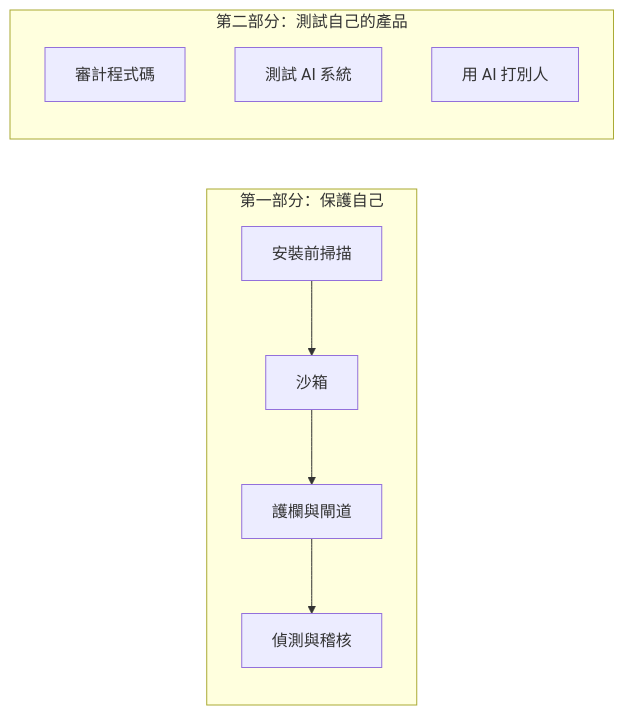
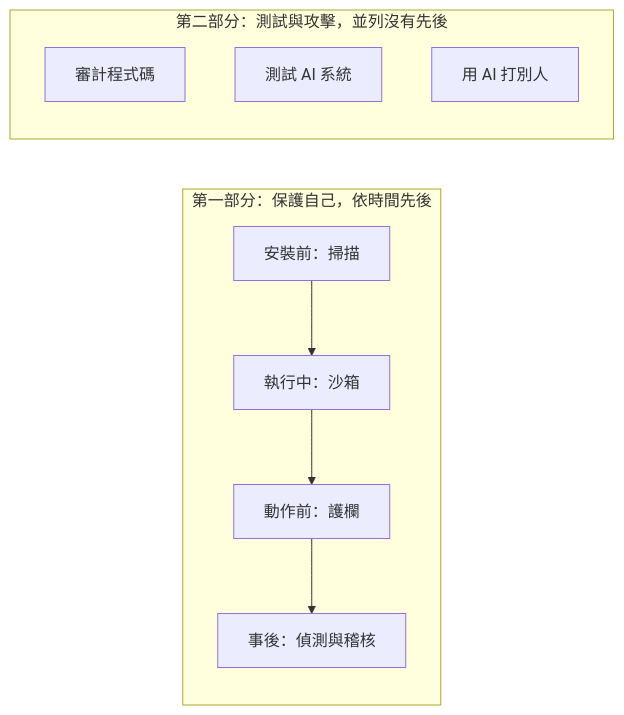
One commit to vincentxuu/quidproquo changed the diagram in src/content/posts/ai/2026-10-24-ai-agent-security-tooling-map.md. Above: the diagram before and after it, drawn with Mermaid. The commit also changed other lines of this file and 6 other files, not shown here.

First line of the commit message:
post(ai): 依獨立審稿修正 AI Agent 資安工具地圖 order 0–1（仍為草稿）

````diff
--- a/src/content/posts/ai/2026-10-24-ai-agent-security-tooling-map.md
+++ b/src/content/posts/ai/2026-10-24-ai-agent-security-tooling-map.md
@@ -39,11 +41,11 @@
 ```mermaid
 flowchart LR
-  subgraph A[第一部分：保護自己]
-    A1[安裝前掃描] --> A2[沙箱] --> A3[護欄與閘道] --> A4[偵測與稽核]
+  subgraph A[第一部分：保護自己，依時間先後]
+    A1[安裝前：掃描] --> A2[執行中：沙箱] --> A3[動作前：護欄] --> A4[事後：偵測與稽核]
   end
-  subgraph B[第二部分：測試自己的產品]
+  subgraph B[第二部分：測試與攻擊，並列沒有先後]
     B1[審計程式碼]
     B2[測試 AI 系統]
     B3[用 AI 打別人]
   end
 ```
````
